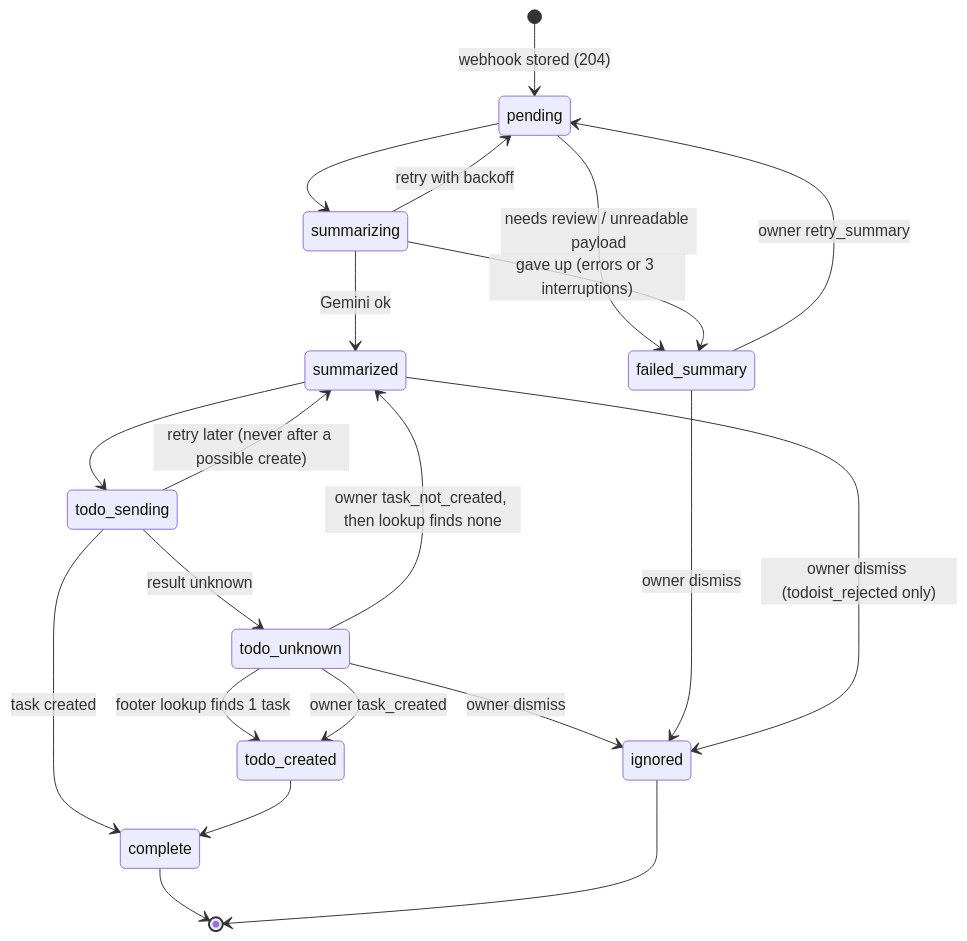
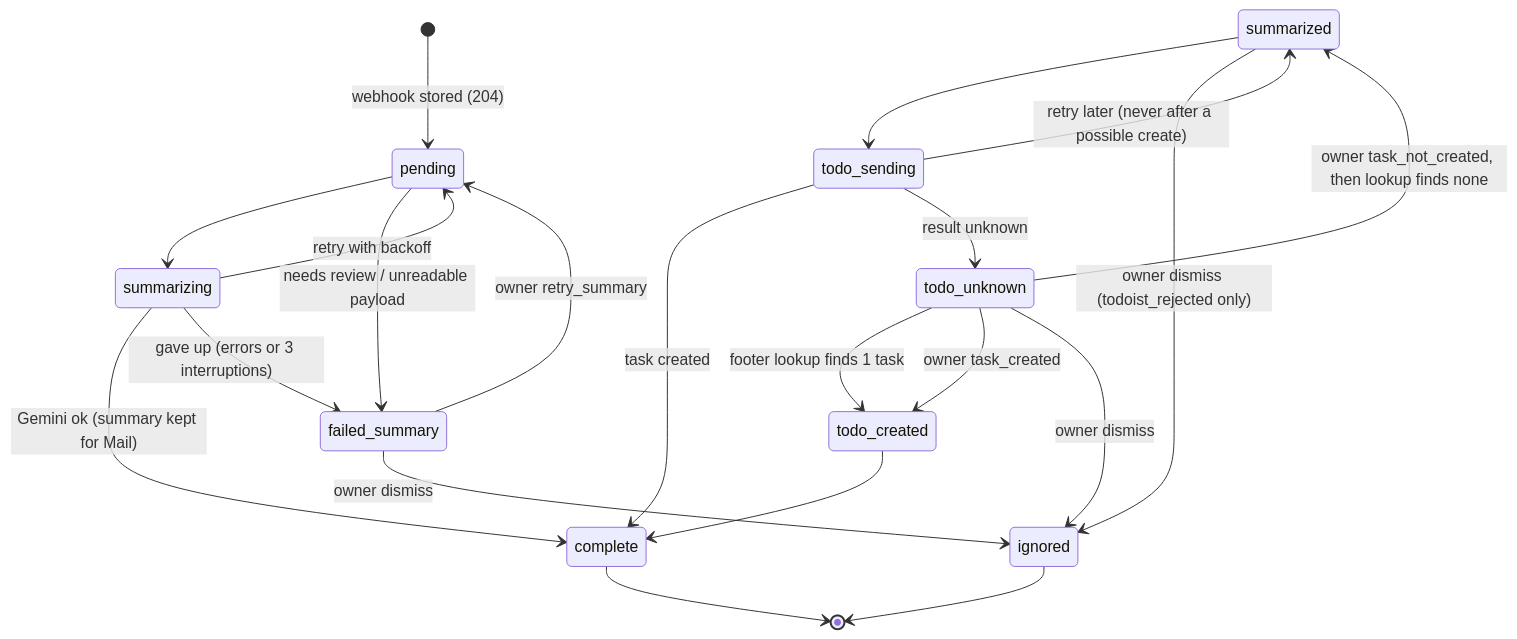
Before and after one commit to ziyixi/todofy: the second of 2 diagrams in todofy/architecture-diagram.md, drawn with Mermaid. The commit also changed other lines of this file and 13 other files, not shown here.

````diff
--- a/todofy/architecture-diagram.md
+++ b/todofy/architecture-diagram.md
@@ -46,23 +51,23 @@
 ```mermaid
 stateDiagram-v2
     [*] --> pending: webhook stored (204)
     pending --> summarizing
     pending --> failed_summary: needs review / unreadable payload
-    summarizing --> summarized: Gemini ok
+    summarizing --> complete: Gemini ok (summary kept for Mail)
     summarizing --> pending: retry with backoff
     summarizing --> failed_summary: gave up (errors or 3 interruptions)
     summarized --> todo_sending
     todo_sending --> complete: task created
     todo_sending --> summarized: retry later (never after a possible create)
     todo_sending --> todo_unknown: result unknown
     todo_unknown --> todo_created: footer lookup finds 1 task
     todo_created --> complete
     todo_unknown --> summarized: owner task_not_created, then lookup finds none
     todo_unknown --> todo_created: owner task_created
     failed_summary --> pending: owner retry_summary
     todo_unknown --> ignored: owner dismiss
     failed_summary --> ignored: owner dismiss
     summarized --> ignored: owner dismiss (todoist_rejected only)
     complete --> [*]
     ignored --> [*]
 ```
````
